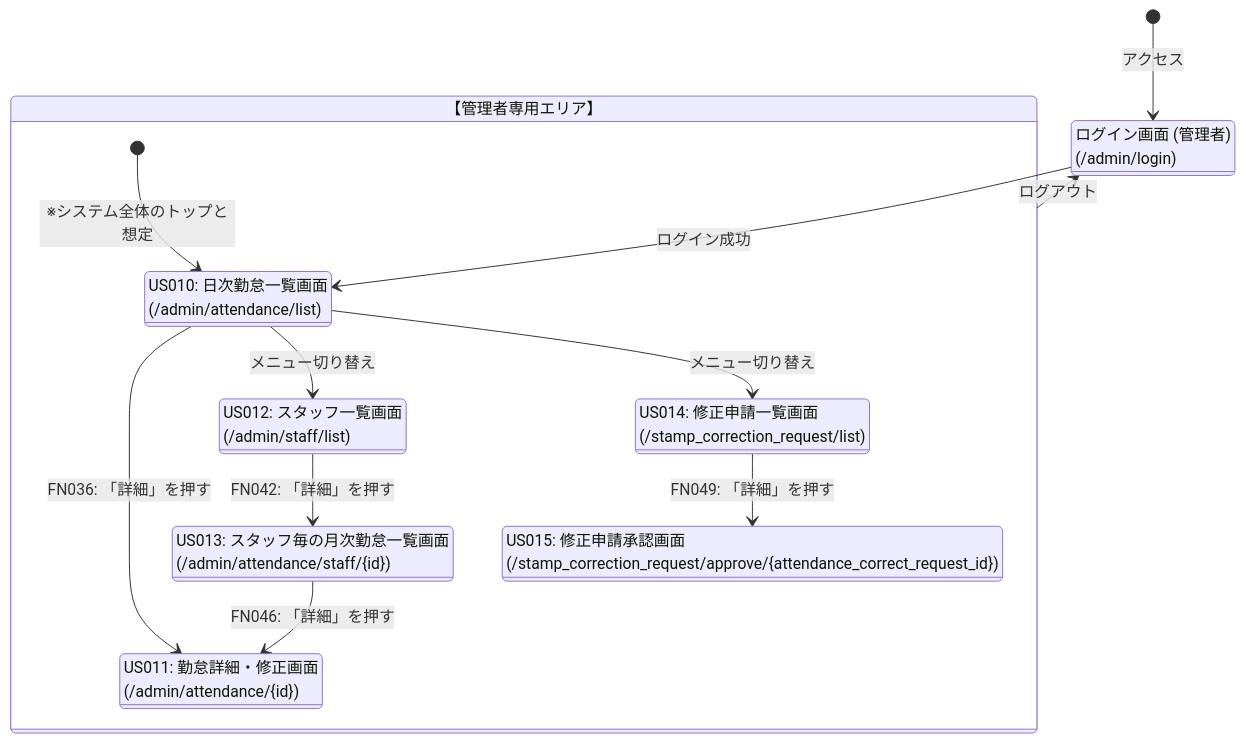
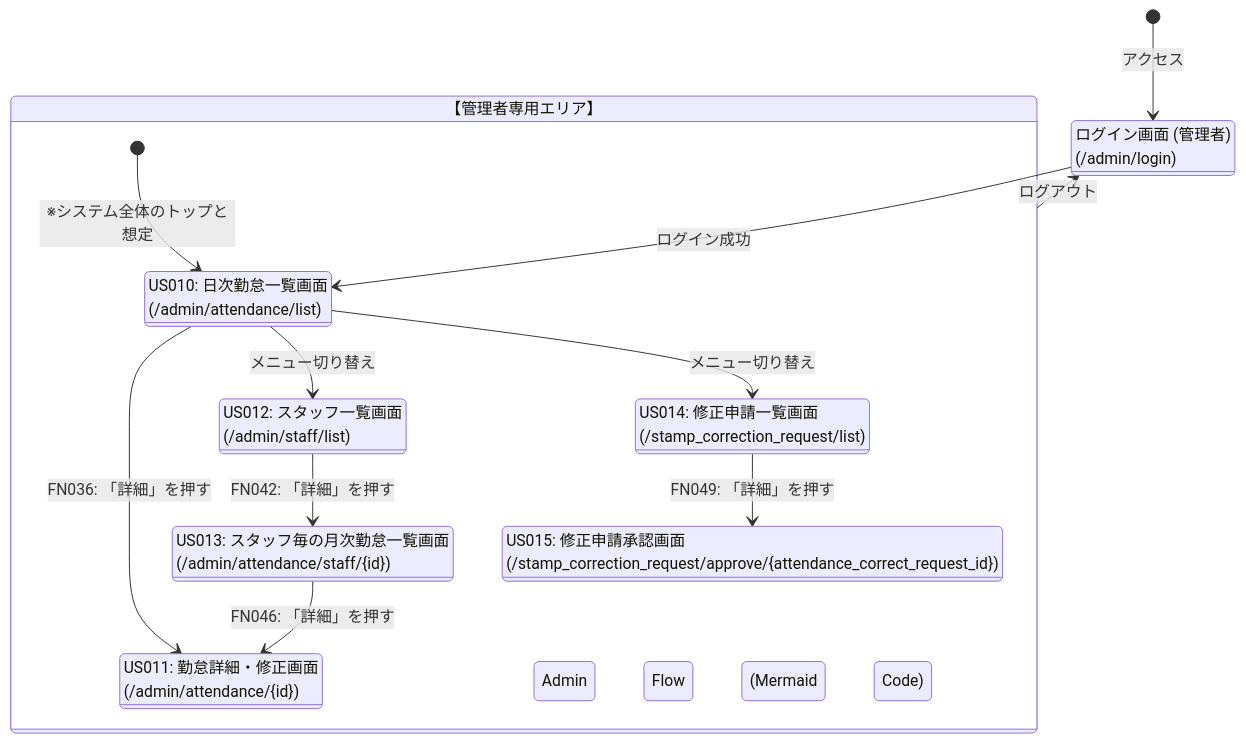
The diagram in docs/Admin Flow (Mermaid Code).md (Ryusei05274/attendance-app), drawn with Mermaid before and after one commit. The commit also changed 16 other files, not shown here.

Commit message:
docs: READMEにER図を追加

````diff
--- a/docs/Admin Flow (Mermaid Code).md
+++ b/docs/Admin Flow (Mermaid Code).md
@@ -1,33 +1,33 @@
 ```mermaid
 stateDiagram-v2
     classDef unauth fill:#fff,stroke:#333,stroke-width:2px;
     classDef admin fill:#c8e6c9,stroke:#388e3c,stroke-width:2px;
 
     [*] --> 管理者_ログイン画面 : アクセス
 
     state "ログイン画面 (管理者)\n(/admin/login)" as 管理者_ログイン画面:::unauth
 
     state "【管理者専用エリア】" as 管理者エリア {
         state "US012: スタッフ一覧画面\n(/admin/staff/list)" as スタッフ一覧:::admin
         state "US013: スタッフ毎の月次勤怠一覧画面\n(/admin/attendance/staff/{id})" as 月次勤怠一覧:::admin
         state "US010: 日次勤怠一覧画面\n(/admin/attendance/list)" as 日次勤怠一覧:::admin
         state "US011: 勤怠詳細・修正画面\n(/admin/attendance/{id})" as 勤怠詳細:::admin
         state "US014: 修正申請一覧画面\n(/stamp_correction_request/list)" as 申請一覧:::admin
         state "US015: 修正申請承認画面\n(/stamp_correction_request/approve/{attendance_correct_request_id})" as 承認画面:::admin
 
         [*] --> 日次勤怠一覧 : ※システム全体のトップと想定
         
         %% 表の通りにルートを修正
         スタッフ一覧 --> 月次勤怠一覧 : FN042: 「詳細」を押す
         月次勤怠一覧 --> 勤怠詳細 : FN046: 「詳細」を押す
         日次勤怠一覧 --> 勤怠詳細 : FN036: 「詳細」を押す
         申請一覧 --> 承認画面 : FN049: 「詳細」を押す
         
         %% その他想定されるメニュー遷移など
         日次勤怠一覧 --> スタッフ一覧 : メニュー切り替え
-        日次勤怠一覧 --> 申請一覧 : メニュー切り替え
+Admin Flow (Mermaid Code)        日次勤怠一覧 --> 申請一覧 : メニュー切り替え
     }
 
     管理者_ログイン画面 --> 日次勤怠一覧 : ログイン成功
     管理者エリア --> 管理者_ログイン画面 : ログアウト
 ```
````
